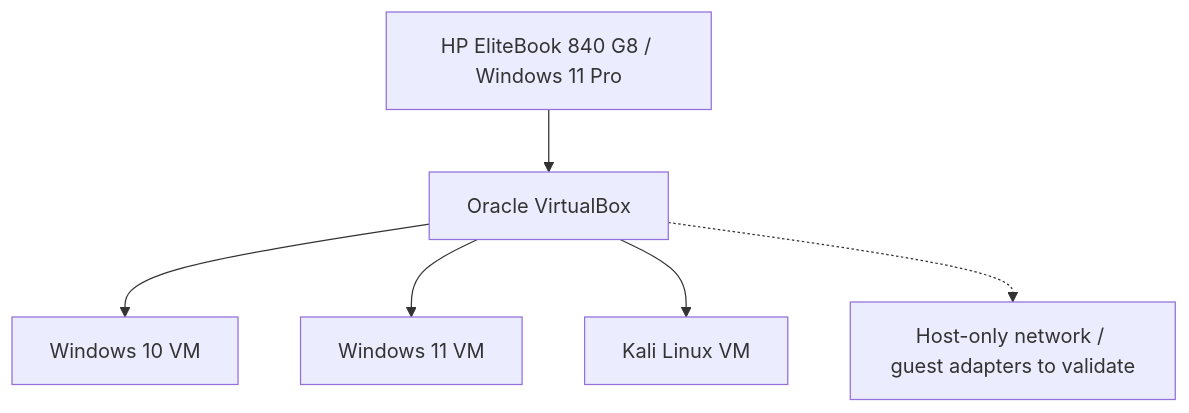
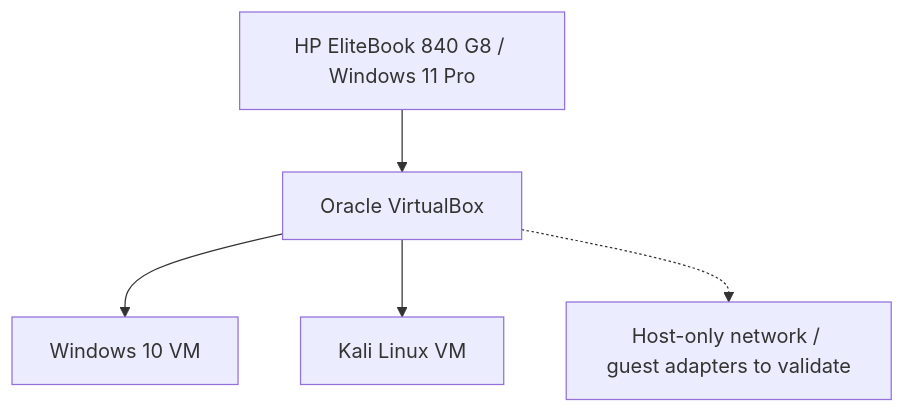
Before and after one commit to bemerson24/cybersecurity-virtual-lab-environment: the diagram in README.md, drawn with Mermaid. The commit also changed other lines of this file, not shown here.

Commit message:
Correct guest inventory to Windows 10 and Kali Linux

````diff
--- a/README.md
+++ b/README.md
@@ -38,8 +37,7 @@
 ```mermaid
 flowchart TB
     HOST["HP EliteBook 840 G8 / Windows 11 Pro"] --> VB["Oracle VirtualBox"]
     VB --> W10["Windows 10 VM"]
-    VB --> W11["Windows 11 VM"]
     VB --> KALI["Kali Linux VM"]
     VB -.-> HN["Host-only network / guest adapters to validate"]
 ```
````
